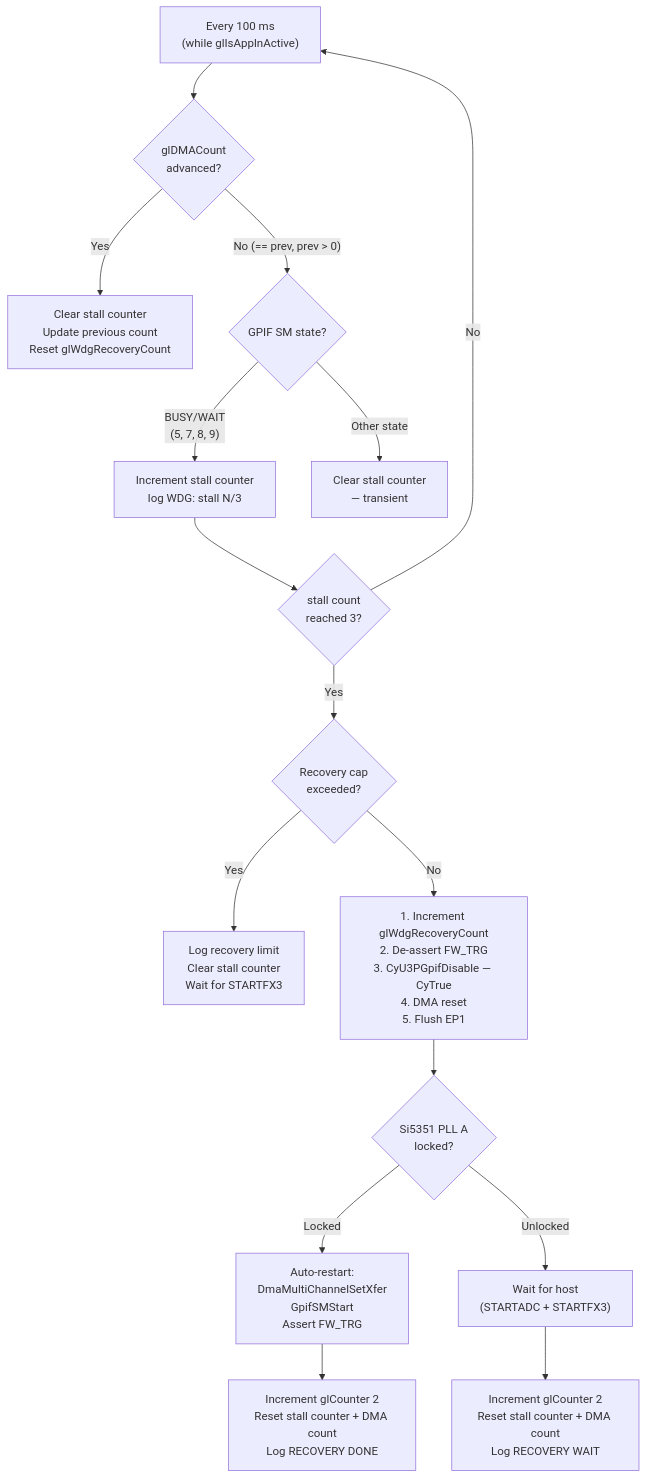
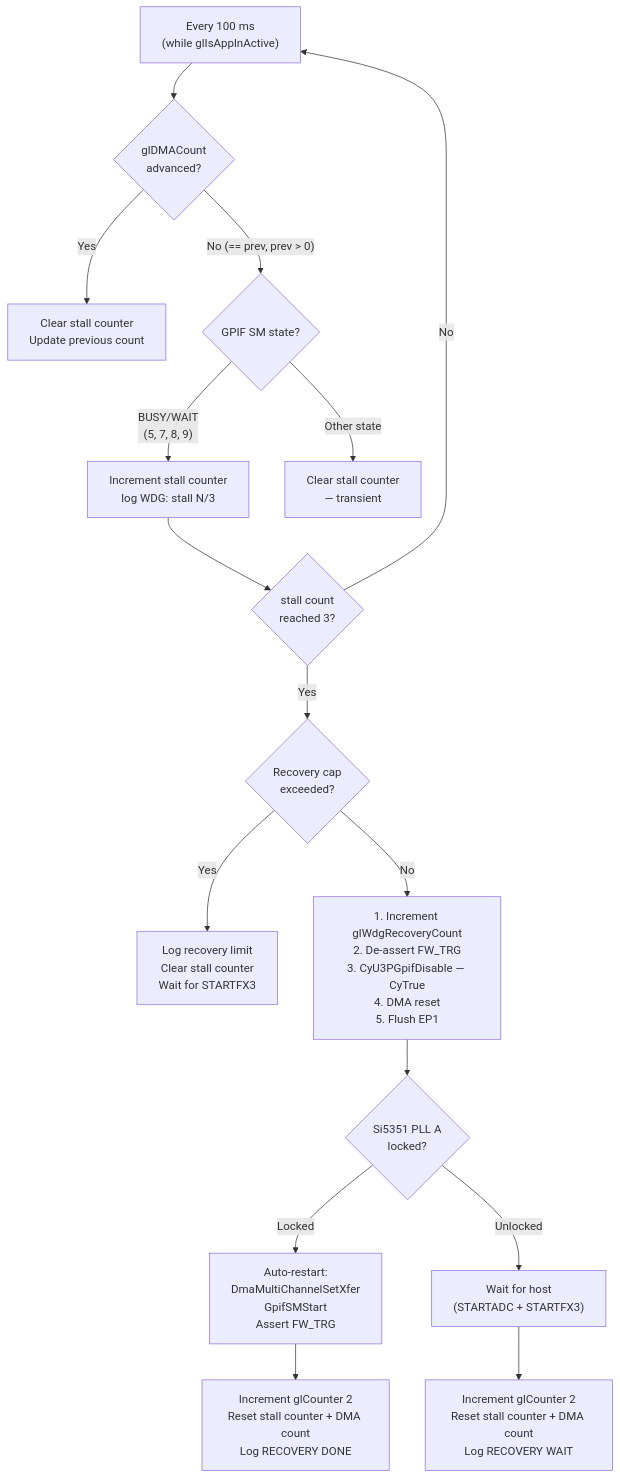
The second of 2 diagrams in docs/wedge_detection.md (ringof/rx888-firmware), drawn with Mermaid before and after one commit. The commit also changed other lines of this file and 2 other files, not shown here.

````diff
--- a/docs/wedge_detection.md
+++ b/docs/wedge_detection.md
@@ -247,27 +241,27 @@
 ```mermaid
 graph TD
     POLL["Every 100 ms<br/>(while glIsApplnActive)"] --> CMP{glDMACount<br/>advanced?}
 
-    CMP -->|Yes| HEALTHY[Clear stall counter<br/>Update previous count<br/>Reset glWdgRecoveryCount]
+    CMP -->|Yes| HEALTHY[Clear stall counter<br/>Update previous count]
 
     CMP -->|"No (== prev, prev > 0)"| SM{GPIF SM state?}
 
     SM -->|"BUSY/WAIT<br/>(5, 7, 8, 9)"| INC["Increment stall counter<br/>log WDG: stall N/3"]
     SM -->|Other state| CLR[Clear stall counter<br/>— transient]
 
     INC --> HIT{stall count<br/>reached 3?}
     HIT -->|No| POLL
 
     HIT -->|Yes| CAP{Recovery cap<br/>exceeded?}
     CAP -->|Yes| CAPLIM["Log recovery limit<br/>Clear stall counter<br/>Wait for STARTFX3"]
 
     CAP -->|No| TEAR["1. Increment glWdgRecoveryCount<br/>2. De-assert FW_TRG<br/>3. CyU3PGpifDisable — CyTrue<br/>4. DMA reset<br/>5. Flush EP1"]
 
     TEAR --> PLL{Si5351 PLL A<br/>locked?}
 
     PLL -->|Locked| RESTART["Auto-restart:<br/>DmaMultiChannelSetXfer<br/>GpifSMStart<br/>Assert FW_TRG"]
     PLL -->|Unlocked| WAIT["Wait for host<br/>(STARTADC + STARTFX3)"]
 
     RESTART --> DONE["Increment glCounter 2<br/>Reset stall counter + DMA count<br/>Log RECOVERY DONE"]
     WAIT --> DONE2["Increment glCounter 2<br/>Reset stall counter + DMA count<br/>Log RECOVERY WAIT"]
 ```
````
